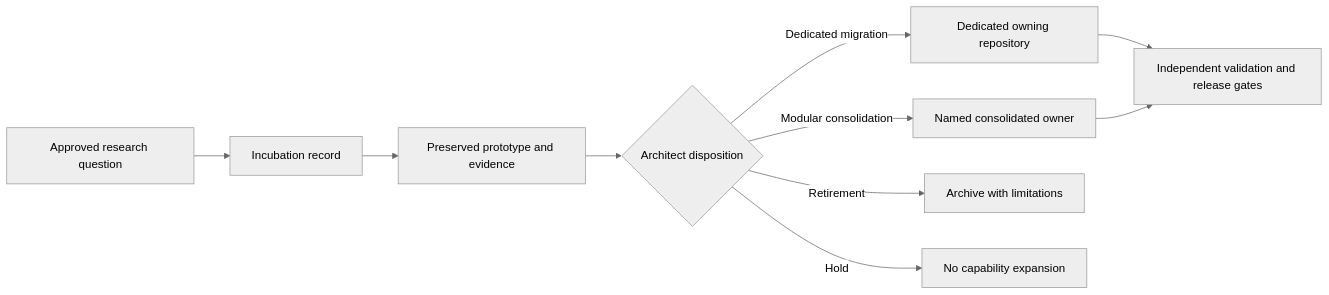
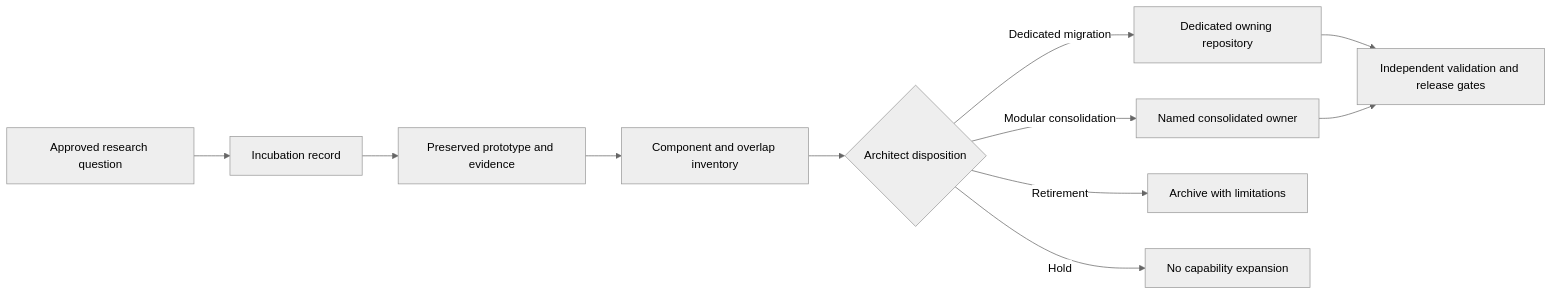
Before and after one commit to aevespers2/Misc: the diagram in README.md, drawn with Mermaid (neutral theme). The commit also changed other lines of this file and 7 other files, not shown here.

````diff
--- a/README.md
+++ b/README.md
@@ -43,12 +46,13 @@
 ```mermaid
 flowchart LR
     A[Approved research question] --> B[Incubation record]
     B --> C[Preserved prototype and evidence]
-    C --> D{Architect disposition}
-    D -->|Dedicated migration| E[Dedicated owning repository]
-    D -->|Modular consolidation| F[Named consolidated owner]
-    D -->|Retirement| G[Archive with limitations]
-    D -->|Hold| H[No capability expansion]
-    E --> I[Independent validation and release gates]
-    F --> I
+    C --> D[Component and overlap inventory]
+    D --> E{Architect disposition}
+    E -->|Dedicated migration| F[Dedicated owning repository]
+    E -->|Modular consolidation| G[Named consolidated owner]
+    E -->|Retirement| H[Archive with limitations]
+    E -->|Hold| I[No capability expansion]
+    F --> J[Independent validation and release gates]
+    G --> J
 ```
````
